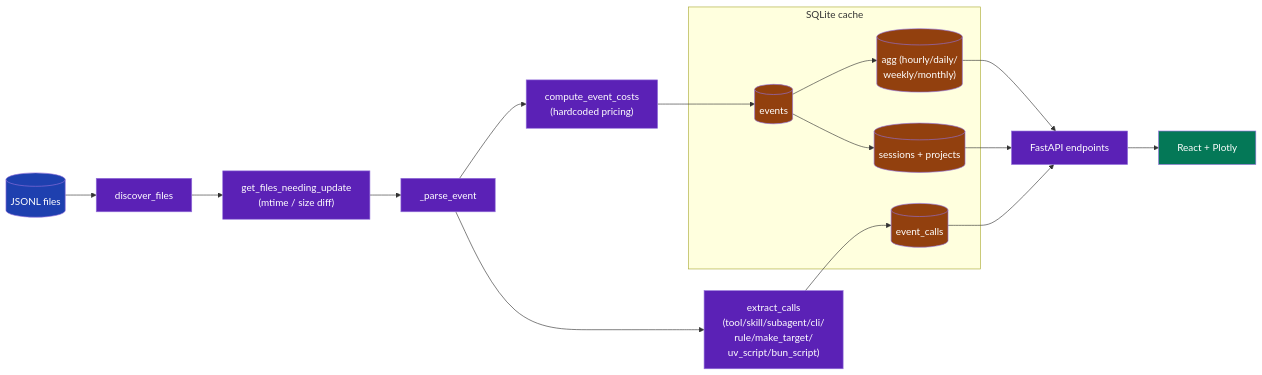
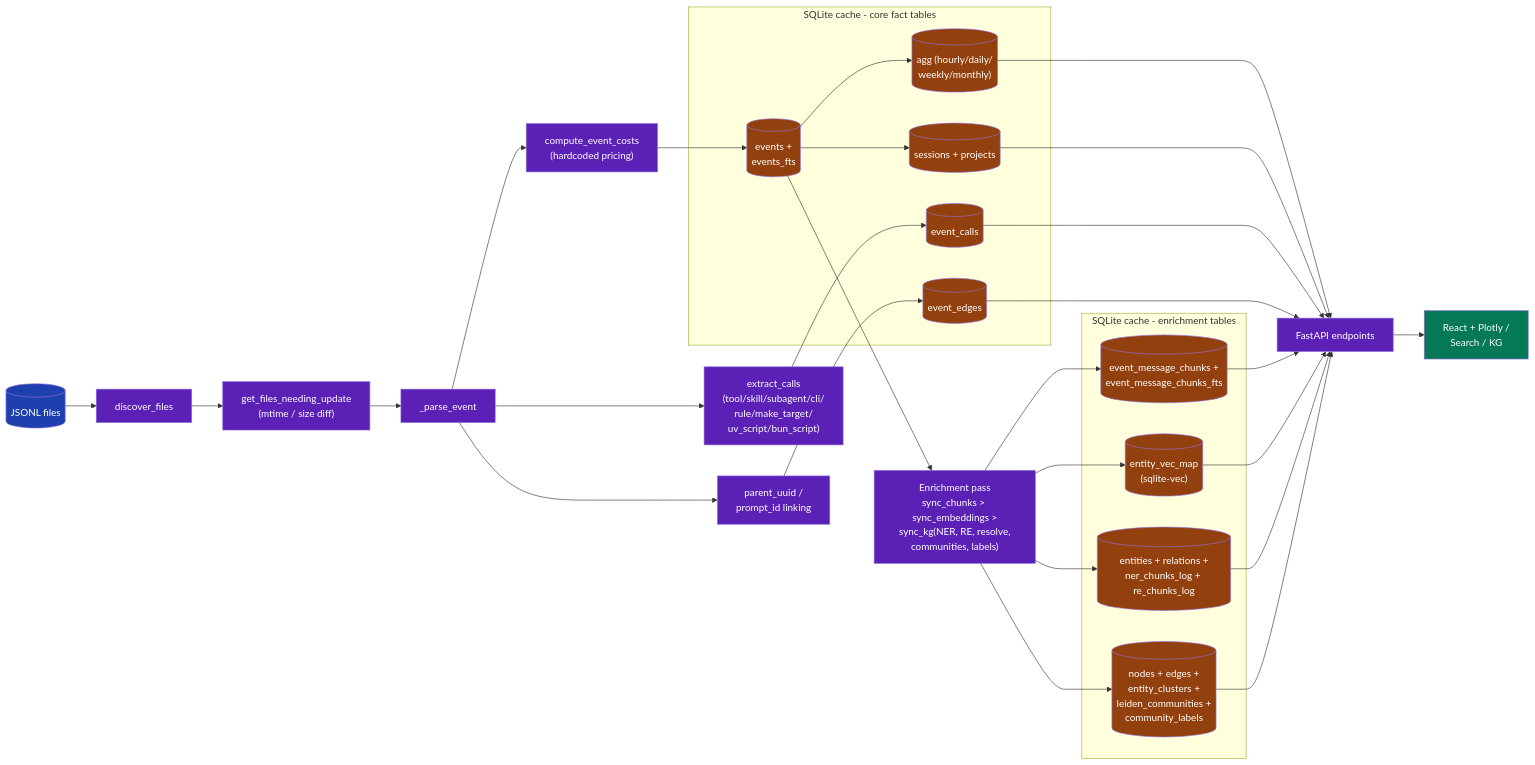
One commit to neozenith/claude-code-sessions changed the fourth of 8 diagrams in README.md. Above: the diagram before and after it, drawn with Mermaid. The commit also changed other lines of this file, not shown here.

````diff
--- a/README.md
+++ b/README.md
@@ -101,34 +112,56 @@
 ```mermaid
 flowchart LR
     S1[("JSONL files")]:::source
     DISC["discover_files"]:::process
     NEED["get_files_needing_update<br/>(mtime / size diff)"]:::process
     PARSE["_parse_event"]:::process
     COST["compute_event_costs<br/>(hardcoded pricing)"]:::process
     EXTRACT["extract_calls<br/>(tool/skill/subagent/cli/<br/>rule/make_target/<br/>uv_script/bun_script)"]:::process
+    EDGES["parent_uuid /<br/>prompt_id linking"]:::process
 
-    subgraph DB["SQLite cache"]
-        EV[("events")]:::storage
+    subgraph Core["SQLite cache - core fact tables"]
+        EV[("events +<br/>events_fts")]:::storage
         EC[("event_calls")]:::storage
+        EE[("event_edges")]:::storage
         AGG[("agg (hourly/daily/<br/>weekly/monthly)")]:::storage
         SESS[("sessions + projects")]:::storage
     end
 
+    ENRICH["Enrichment pass<br/>sync_chunks &gt; sync_embeddings &gt;<br/>sync_kg(NER, RE, resolve,<br/>communities, labels)"]:::process
+
+    subgraph Enriched["SQLite cache - enrichment tables"]
+        CHUNKS[("event_message_chunks +<br/>event_message_chunks_fts")]:::storage
+        EMB[("entity_vec_map<br/>(sqlite-vec)")]:::storage
+        ENTS[("entities + relations +<br/>ner_chunks_log + re_chunks_log")]:::storage
+        KGT[("nodes + edges +<br/>entity_clusters +<br/>leiden_communities +<br/>community_labels")]:::storage
+    end
+
     API["FastAPI endpoints"]:::process
-    UI["React + Plotly"]:::output
+    UI["React + Plotly /<br/>Search / KG"]:::output
 
     S1 --> DISC --> NEED --> PARSE
     PARSE --> COST --> EV
     PARSE --> EXTRACT --> EC
+    PARSE --> EDGES --> EE
     EV --> AGG
     EV --> SESS
+    EV --> ENRICH
+    ENRICH --> CHUNKS
+    ENRICH --> EMB
+    ENRICH --> ENTS
+    ENRICH --> KGT
     AGG --> API
     SESS --> API
     EC --> API
+    EE --> API
+    CHUNKS --> API
+    EMB --> API
+    ENTS --> API
+    KGT --> API
     API --> UI
 
     classDef source  fill:#1e40af,color:#ffffff
     classDef storage fill:#92400e,color:#ffffff
     classDef process fill:#5b21b6,color:#ffffff
     classDef output  fill:#047857,color:#ffffff
 ```
````
